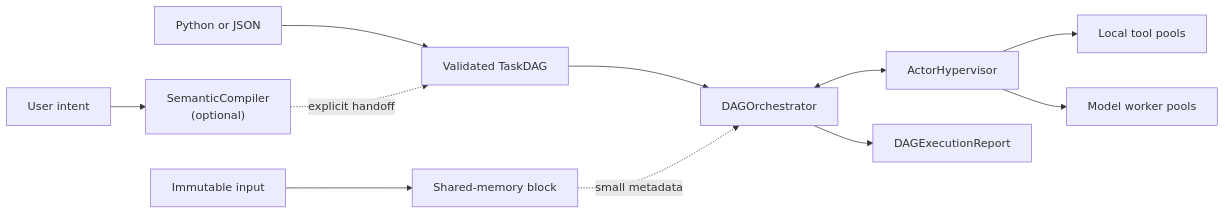
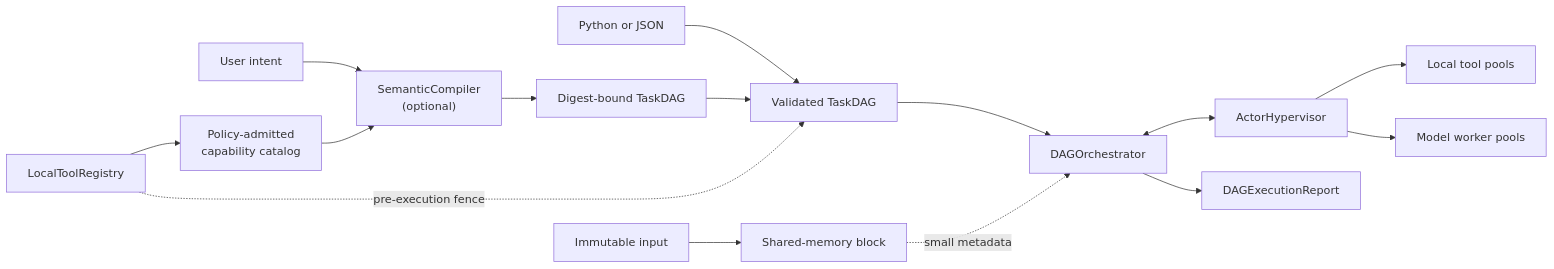
One commit to aantenore/ThreadSwarm changed the diagram in README.md. Above: the diagram before and after it, drawn with Mermaid. The commit also changed other lines of this file and 17 other files, not shown here.

````diff
--- a/README.md
+++ b/README.md
@@ -28,13 +28,17 @@
 ```mermaid
 flowchart LR
     P["Python or JSON"] --> D["Validated TaskDAG"]
     U["User intent"] --> C["SemanticCompiler<br/>(optional)"]
-    C -. "explicit handoff" .-> D
+    G["LocalToolRegistry"] --> B["Policy-admitted<br/>capability catalog"]
+    B --> C
+    C --> Q["Digest-bound TaskDAG"]
+    Q --> D
+    G -. "pre-execution fence" .-> D
     X["Immutable input"] --> S["Shared-memory block"]
     D --> O["DAGOrchestrator"]
     S -. "small metadata" .-> O
     O <--> H["ActorHypervisor"]
     H --> T["Local tool pools"]
     H --> M["Model worker pools"]
     O --> R["DAGExecutionReport"]
 ```
````
